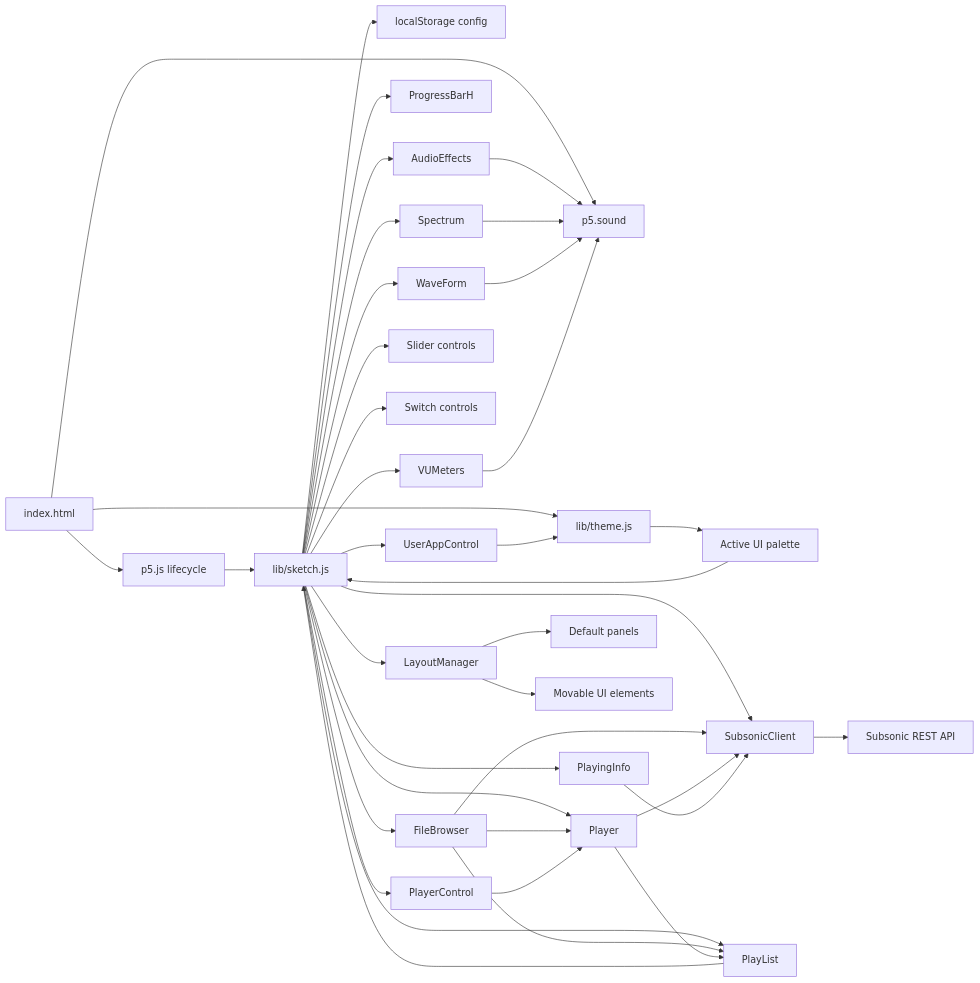
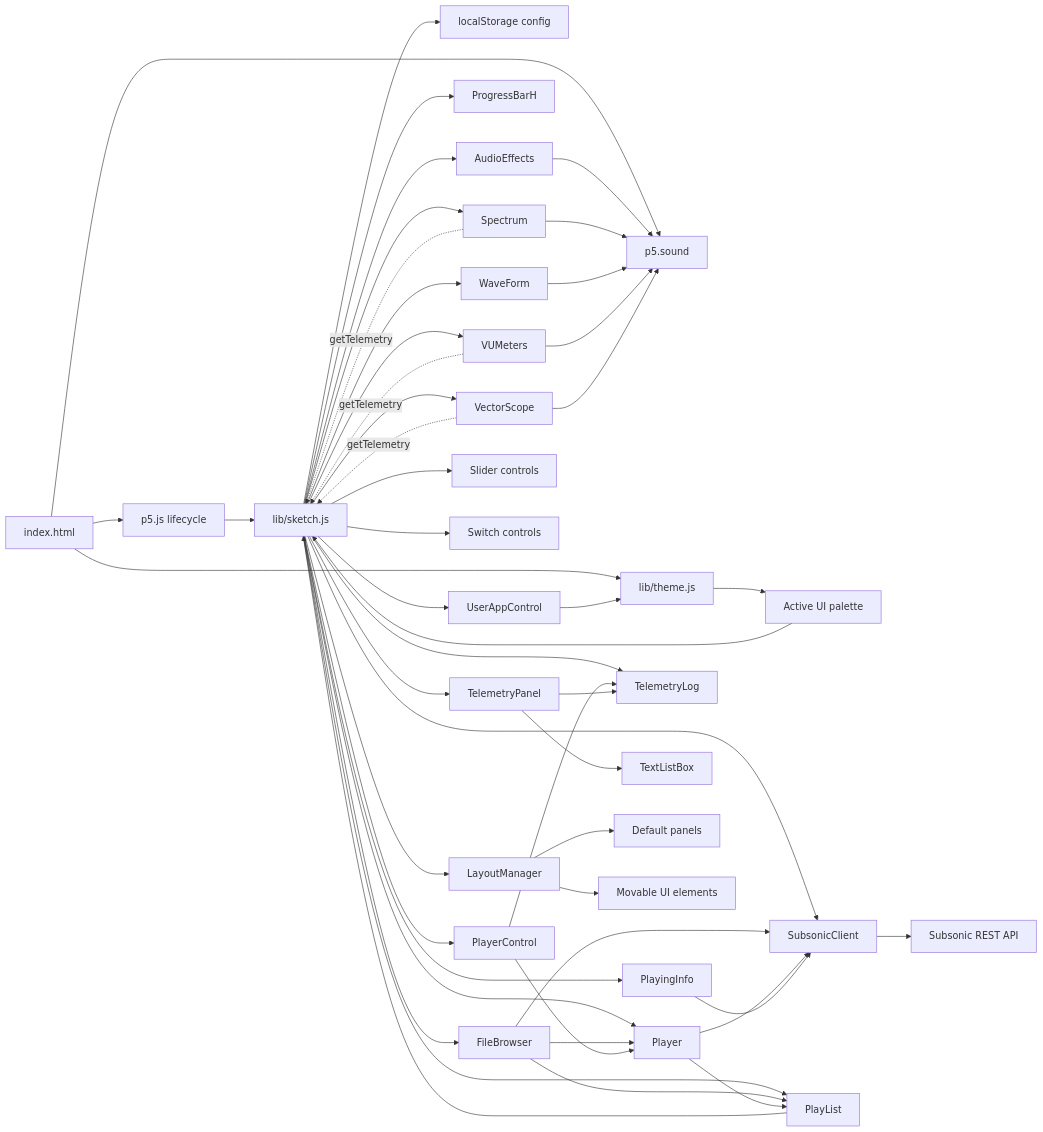
The first of 12 diagrams in doc/diagrams.md (Leorivasc/neon_deck), drawn with Mermaid before and after one commit. The commit also changed other lines of this file and 14 other files, not shown here.

Commit message:
Telemetry presentation added. DATA FEED panel

````diff
--- a/doc/diagrams.md
+++ b/doc/diagrams.md
@@ -7,43 +7,53 @@
 ```mermaid
 flowchart LR
     HTML[index.html] --> P5[p5.js lifecycle]
     HTML --> Sound[p5.sound]
     HTML --> Theme[lib/theme.js]
     P5 --> Sketch[lib/sketch.js]
 
     Theme --> UI[Active UI palette]
     UI --> Sketch
     Sketch --> Config[localStorage config]
     Sketch --> Client[SubsonicClient]
     Sketch --> Browser[FileBrowser]
     Sketch --> Queue[PlayList]
     Sketch --> Info[PlayingInfo]
     Sketch --> Progress[ProgressBarH]
     Sketch --> Spectrum[Spectrum]
     Sketch --> Waveform[WaveForm]
     Sketch --> VUMeters[VUMeters]
+    Sketch --> VectorScope[VectorScope]
+    Sketch --> TelemetryLog[TelemetryLog]
+    Sketch --> TelemetryPanel[TelemetryPanel]
     Sketch --> Sliders[Slider controls]
     Sketch --> Switches[Switch controls]
     Sketch --> PlayerControl[PlayerControl]
     Sketch --> UserAppControl[UserAppControl]
     Sketch --> Layout[LayoutManager]
     Sketch --> AudioEffects[AudioEffects]
     Sketch --> Player[Player]
 
     Client --> Server[Subsonic REST API]
     Browser --> Client
     Browser --> Queue
     Browser --> Player
     Player --> Queue
     Player --> Client
     PlayerControl --> Player
     UserAppControl --> Theme
     AudioEffects --> Sound
     Queue --> Sketch
     Info --> Client
     Spectrum --> Sound
     Waveform --> Sound
     VUMeters --> Sound
+    VectorScope --> Sound
+    Spectrum -. getTelemetry .-> Sketch
+    VUMeters -. getTelemetry .-> Sketch
+    VectorScope -. getTelemetry .-> Sketch
+    PlayerControl --> TelemetryLog
+    TelemetryPanel --> TelemetryLog
+    TelemetryPanel --> TextListBox
     Layout --> Panels[Default panels]
     Layout --> Movables[Movable UI elements]
 ```
````
